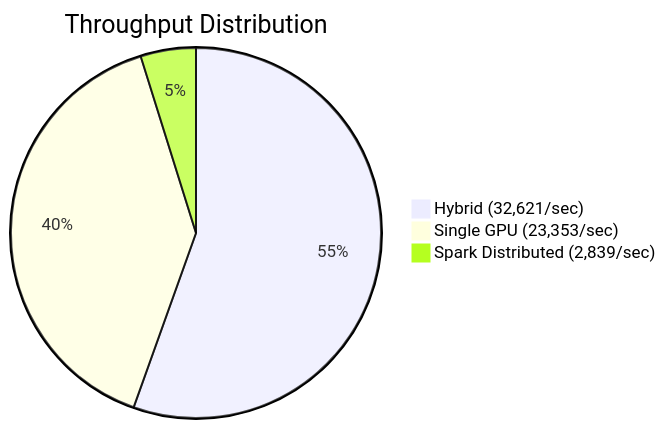
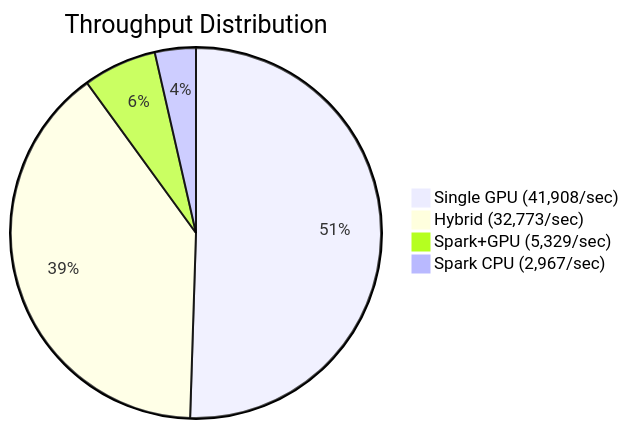
One commit to KRISHNA049039/multidimensional_spark_Poc changed the third of 5 diagrams in pytorch-spark-inference-platform/docs/benchmark.md. Above: the diagram before and after it, drawn with Mermaid. The commit also changed other lines of this file, not shown here.

````diff
--- a/pytorch-spark-inference-platform/docs/benchmark.md
+++ b/pytorch-spark-inference-platform/docs/benchmark.md
@@ -163,7 +163,8 @@
 ```mermaid
 %%{init: {'theme': 'default'}}%%
 pie title Throughput Distribution
-    "Hybrid (32,621/sec)" : 32621
-    "Single GPU (23,353/sec)" : 23353
-    "Spark Distributed (2,839/sec)" : 2839
+    "Single GPU (41,908/sec)" : 41908
+    "Hybrid (32,773/sec)" : 32773
+    "Spark+GPU (5,329/sec)" : 5329
+    "Spark CPU (2,967/sec)" : 2967
 ```
````
